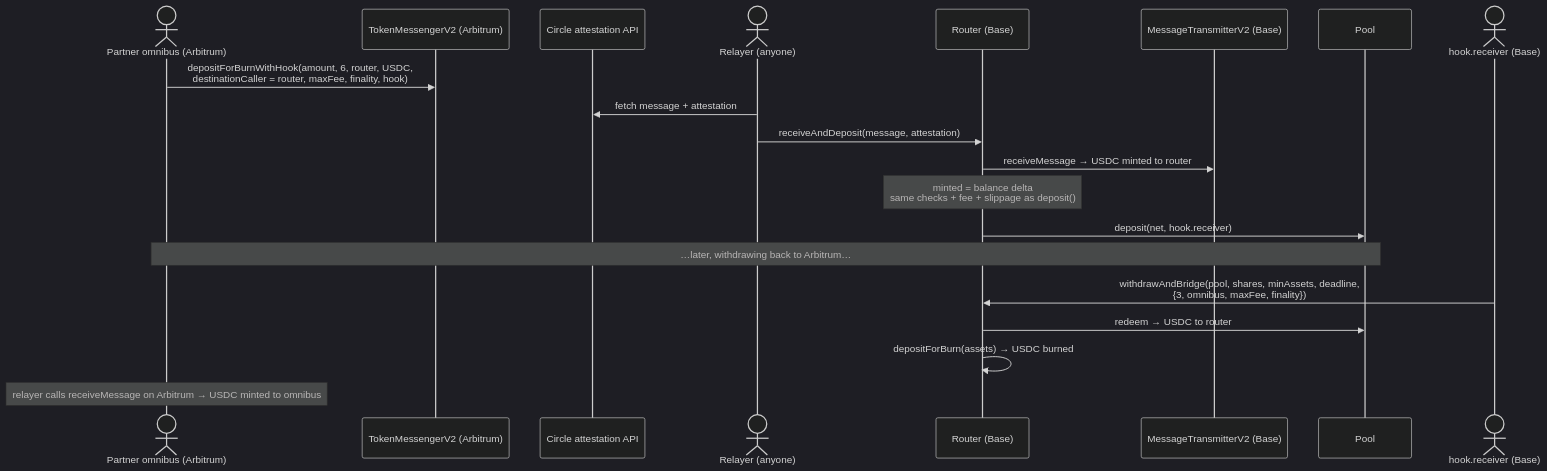
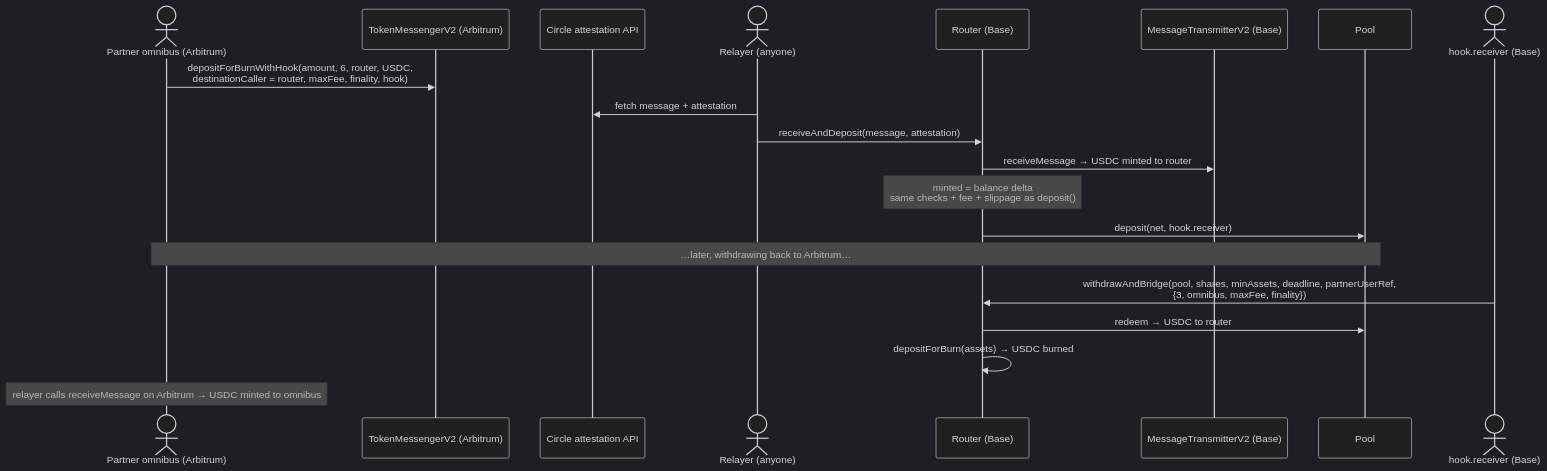
Before and after one commit to unodev-core/restake-router-defi: the fifth of 7 diagrams in README.md, drawn with Mermaid (dark theme). The commit also changed other lines of this file and 17 other files, not shown here.

````diff
--- a/README.md
+++ b/README.md
@@ -132,23 +132,23 @@
 ```mermaid
 sequenceDiagram
     actor P as Partner omnibus (Arbitrum)
     participant TMA as TokenMessengerV2 (Arbitrum)
     participant Iris as Circle attestation API
     actor Rel as Relayer (anyone)
     participant R as Router (Base)
     participant MT as MessageTransmitterV2 (Base)
     participant V as Pool
 
     P->>TMA: depositForBurnWithHook(amount, 6, router, USDC,<br/>destinationCaller = router, maxFee, finality, hook)
     Rel->>Iris: fetch message + attestation
     Rel->>R: receiveAndDeposit(message, attestation)
     R->>MT: receiveMessage → USDC minted to router
     Note over R: minted = balance delta<br/>same checks + fee + slippage as deposit()
     R->>V: deposit(net, hook.receiver)
     Note over P,V: …later, withdrawing back to Arbitrum…
     actor O as hook.receiver (Base)
-    O->>R: withdrawAndBridge(pool, shares, minAssets, deadline,<br/>{3, omnibus, maxFee, finality})
+    O->>R: withdrawAndBridge(pool, shares, minAssets, deadline, partnerUserRef,<br/>{3, omnibus, maxFee, finality})
     R->>V: redeem → USDC to router
     R->>R: depositForBurn(assets) → USDC burned
     Note over P: relayer calls receiveMessage on Arbitrum → USDC minted to omnibus
 ```
````
